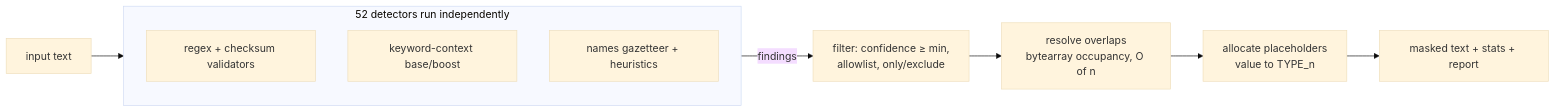
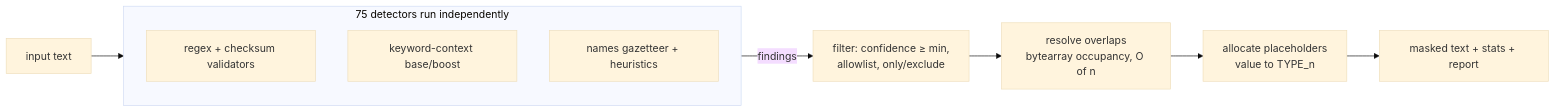
Before and after one commit to meloch287/data-shield-ai: the first of 7 diagrams in README.md, drawn with Mermaid (base theme). The commit also changed other lines of this file and 17 other files, not shown here.

````diff
--- a/README.md
+++ b/README.md
@@ -41,14 +41,14 @@
 ```mermaid
 flowchart LR
-  subgraph DET["52 detectors run independently"]
+  subgraph DET["75 detectors run independently"]
     direction TB
     RX["regex + checksum validators"]
     KW["keyword-context base/boost"]
     NM["names gazetteer + heuristics"]
   end
   IN["input text"] --> DET
   DET -->|findings| FIL
   FIL["filter: confidence ≥ min,<br/>allowlist, only/exclude"] --> RES
   RES["resolve overlaps<br/>bytearray occupancy, O of n"] --> ALLOC
   ALLOC["allocate placeholders<br/>value to TYPE_n"] --> OUT["masked text + stats + report"]
 ```
````
